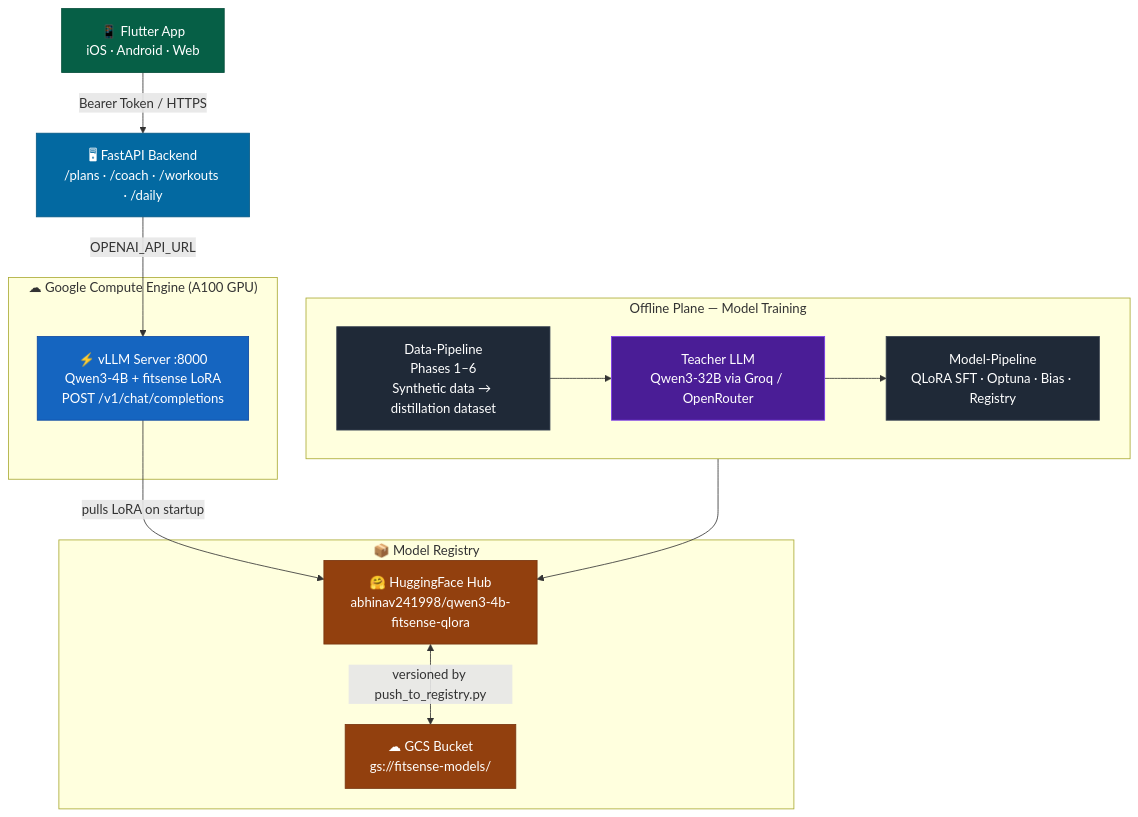
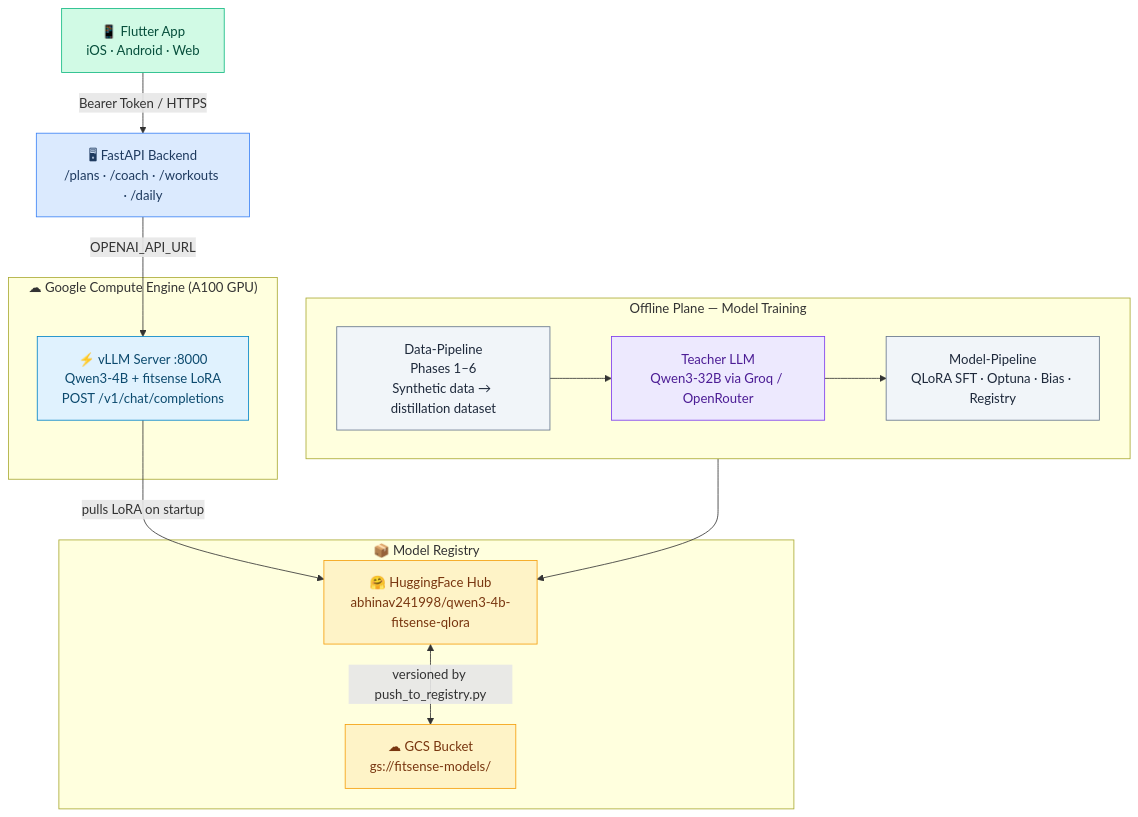
The first of 2 diagrams in README.md (abhinavdev24/FitSenseAI), drawn with Mermaid before and after one commit. The commit also changed 2 other files, not shown here.

Commit message:
feat: Update mermaid diagram styles in README.md and backend/README.md for improved visual clarity

````diff
--- a/README.md
+++ b/README.md
@@ -26,35 +26,35 @@
 ```mermaid
 graph TB
-    classDef mobile   fill:#065f46,stroke:#064e3b,color:#fff
-    classDef backend  fill:#0369a1,stroke:#075985,color:#fff
-    classDef gcp      fill:#1565c0,stroke:#0d47a1,color:#fff
-    classDef registry fill:#92400e,stroke:#78350f,color:#fff
-    classDef offline  fill:#4a1d96,stroke:#7c3aed,color:#fff
-    classDef pipeline fill:#1f2937,stroke:#374151,color:#fff
+    classDef mobile   fill:#d1fae5,stroke:#10b981,color:#064e3b
+    classDef backend  fill:#dbeafe,stroke:#3b82f6,color:#1e3a5f
+    classDef gcp      fill:#e0f2fe,stroke:#0284c7,color:#0c4a6e
+    classDef registry fill:#fef3c7,stroke:#f59e0b,color:#78350f
+    classDef offline  fill:#ede9fe,stroke:#7c3aed,color:#4c1d95
+    classDef pipeline fill:#f1f5f9,stroke:#64748b,color:#1e293b
 
     APP["📱 Flutter App\niOS · Android · Web"]:::mobile
 
     API["🖥 FastAPI Backend\n/plans · /coach · /workouts · /daily"]:::backend
 
     subgraph GCE["☁ Google Compute Engine (A100 GPU)"]
         VLLM["⚡ vLLM Server :8000\nQwen3-4B + fitsense LoRA\nPOST /v1/chat/completions"]:::gcp
     end
 
     subgraph REG["📦 Model Registry"]
         HF["🤗 HuggingFace Hub\nabhinav241998/qwen3-4b-fitsense-qlora"]:::registry
         GCS["☁ GCS Bucket\ngs://fitsense-models/"]:::registry
     end
 
     subgraph OFFLINE["Offline Plane — Model Training"]
         direction LR
         DP["Data-Pipeline\nPhases 1–6\nSynthetic data → distillation dataset"]:::pipeline
         TEACHER["Teacher LLM\nQwen3-32B via Groq / OpenRouter"]:::offline
         MP["Model-Pipeline\nQLoRA SFT · Optuna · Bias · Registry"]:::pipeline
     end
 
     APP    -->|"Bearer Token / HTTPS"| API
     API    -->|"OPENAI_API_URL"| VLLM
     VLLM   -->|"pulls LoRA on startup"| HF
     HF     <-->|"versioned by push_to_registry.py"| GCS
     DP     --> TEACHER --> MP --> HF
 ```
````
